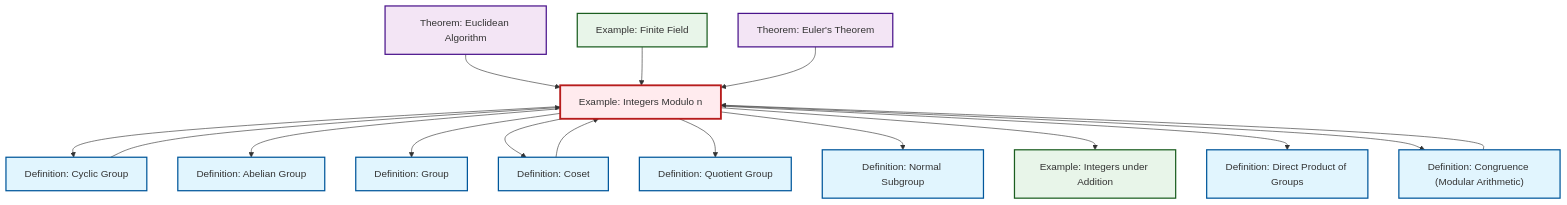
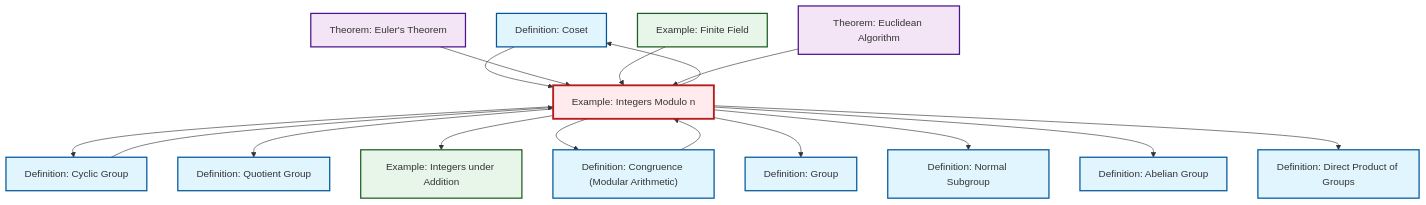
The diagram in output/mermaid/ex-quotient-integers-mod-n.mermaid (RK0429/ModernMath), drawn with Mermaid before and after one commit. The commit also changed other lines of this file and 1569 other files, not shown here.

```diff
--- a/output/mermaid/ex-quotient-integers-mod-n.mermaid
+++ b/output/mermaid/ex-quotient-integers-mod-n.mermaid
@@ -1,36 +1,36 @@
 %%| fig-cap: "Local dependency graph"
 graph TD
     classDef definition fill:#e1f5fe,stroke:#01579b,stroke-width:2px
     classDef theorem fill:#f3e5f5,stroke:#4a148c,stroke-width:2px
     classDef axiom fill:#fff3e0,stroke:#e65100,stroke-width:2px
     classDef example fill:#e8f5e9,stroke:#1b5e20,stroke-width:2px
     classDef current fill:#ffebee,stroke:#b71c1c,stroke-width:3px
+    def-direct-product["Definition: Direct Product of Groups"]:::definition
+    def-quotient-group["Definition: Quotient Group"]:::definition
+    def-coset["Definition: Coset"]:::definition
+    ex-quotient-integers-mod-n["Example: Integers Modulo n"]:::example
+    def-abelian-group["Definition: Abelian Group"]:::definition
+    ex-integers-addition["Example: Integers under Addition"]:::example
+    ex-finite-field["Example: Finite Field"]:::example
+    thm-euler["Theorem: Euler's Theorem"]:::theorem
+    def-congruence["Definition: Congruence (Modular Arithmetic)"]:::definition
+    def-group["Definition: Group"]:::definition
+    def-cyclic-group["Definition: Cyclic Group"]:::definition
+    def-normal-subgroup["Definition: Normal Subgroup"]:::definition
     thm-euclidean-algorithm["Theorem: Euclidean Algorithm"]:::theorem
-    ex-quotient-integers-mod-n["Example: Integers Modulo n"]:::example
-    ex-finite-field["Example: Finite Field"]:::example
-    def-normal-subgroup["Definition: Normal Subgroup"]:::definition
-    def-abelian-group["Definition: Abelian Group"]:::definition
-    def-group["Definition: Group"]:::definition
-    ex-integers-addition["Example: Integers under Addition"]:::example
-    def-coset["Definition: Coset"]:::definition
-    def-quotient-group["Definition: Quotient Group"]:::definition
-    def-cyclic-group["Definition: Cyclic Group"]:::definition
-    def-congruence["Definition: Congruence (Modular Arithmetic)"]:::definition
-    def-direct-product["Definition: Direct Product of Groups"]:::definition
-    thm-euler["Theorem: Euler's Theorem"]:::theorem
+    def-cyclic-group --> ex-quotient-integers-mod-n
     ex-quotient-integers-mod-n --> def-cyclic-group
+    ex-quotient-integers-mod-n --> def-quotient-group
+    ex-quotient-integers-mod-n --> ex-integers-addition
     def-coset --> ex-quotient-integers-mod-n
+    thm-euler --> ex-quotient-integers-mod-n
+    def-congruence --> ex-quotient-integers-mod-n
+    ex-quotient-integers-mod-n --> def-congruence
+    ex-quotient-integers-mod-n --> def-group
+    ex-quotient-integers-mod-n --> def-normal-subgroup
     ex-quotient-integers-mod-n --> def-abelian-group
+    ex-finite-field --> ex-quotient-integers-mod-n
     thm-euclidean-algorithm --> ex-quotient-integers-mod-n
-    ex-quotient-integers-mod-n --> def-group
     ex-quotient-integers-mod-n --> def-coset
-    ex-finite-field --> ex-quotient-integers-mod-n
-    def-congruence --> ex-quotient-integers-mod-n
-    def-cyclic-group --> ex-quotient-integers-mod-n
-    ex-quotient-integers-mod-n --> def-quotient-group
-    ex-quotient-integers-mod-n --> def-normal-subgroup
-    thm-euler --> ex-quotient-integers-mod-n
-    ex-quotient-integers-mod-n --> ex-integers-addition
     ex-quotient-integers-mod-n --> def-direct-product
-    ex-quotient-integers-mod-n --> def-congruence
     class ex-quotient-integers-mod-n current
```
